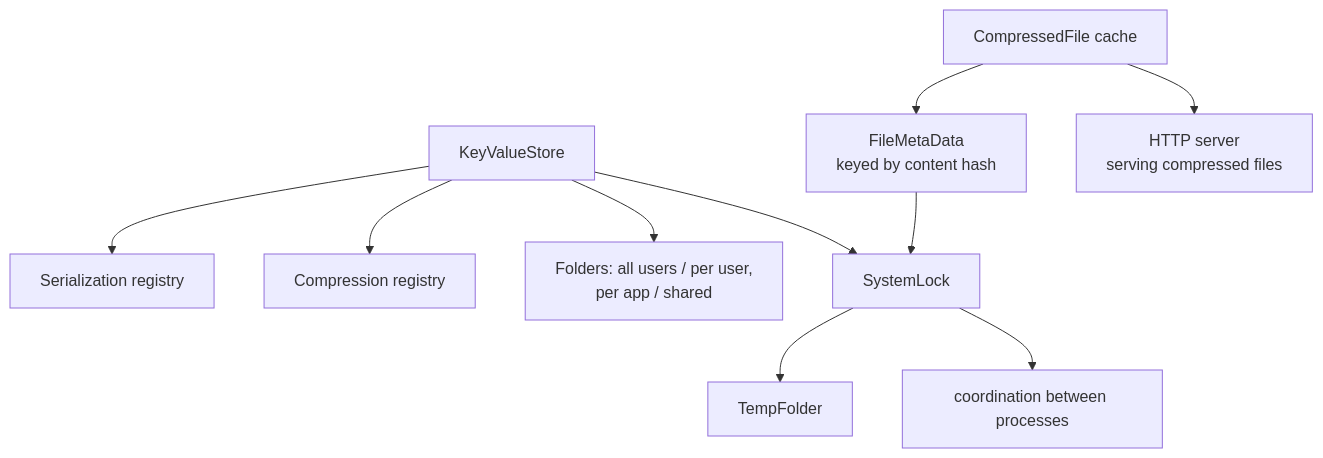
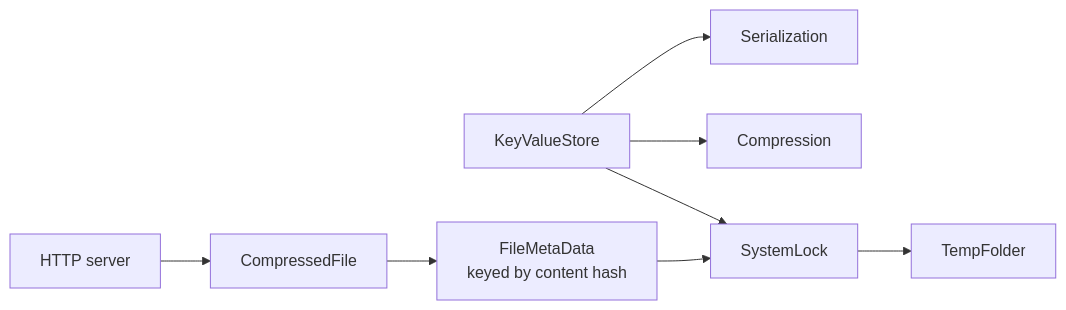
The diagram in SysWeaver.Storage/README.md (dosh1974/SysWeaver), drawn with Mermaid before and after one commit. The commit also changed other lines of this file and 532 other files, not shown here.

````diff
--- a/SysWeaver.Storage/README.md
+++ b/SysWeaver.Storage/README.md
@@ -18,12 +18,10 @@
 ```mermaid
-flowchart TB
-  KVS["KeyValueStore"] --> Ser["Serialization registry"]
-  KVS --> Comp["Compression registry"]
-  KVS --> Folders["Folders: all users / per user,<br/>per app / shared"]
+flowchart LR
+  KVS["KeyValueStore"] --> Ser["Serialization"]
+  KVS --> Comp["Compression"]
   KVS --> Lock["SystemLock"]
-  CF["CompressedFile cache"] --> FMD["FileMetaData<br/>keyed by content hash"]
-  CF --> Http["HTTP server<br/>serving compressed files"]
+  CF["CompressedFile"] --> FMD["FileMetaData<br/>keyed by content hash"]
   FMD --> Lock
   Lock --> Temp["TempFolder"]
-  Lock --> Proc["coordination between processes"]
+  Http["HTTP server"] --> CF
 ```
````
